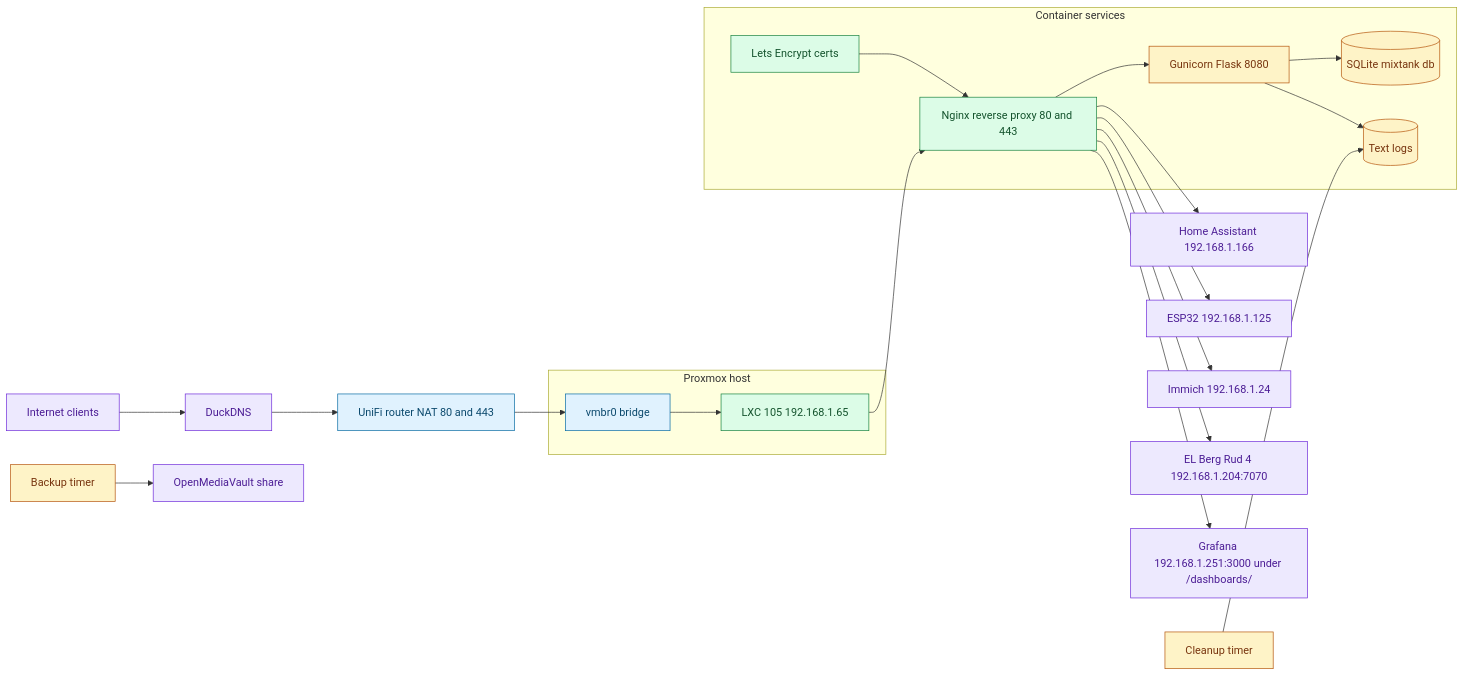
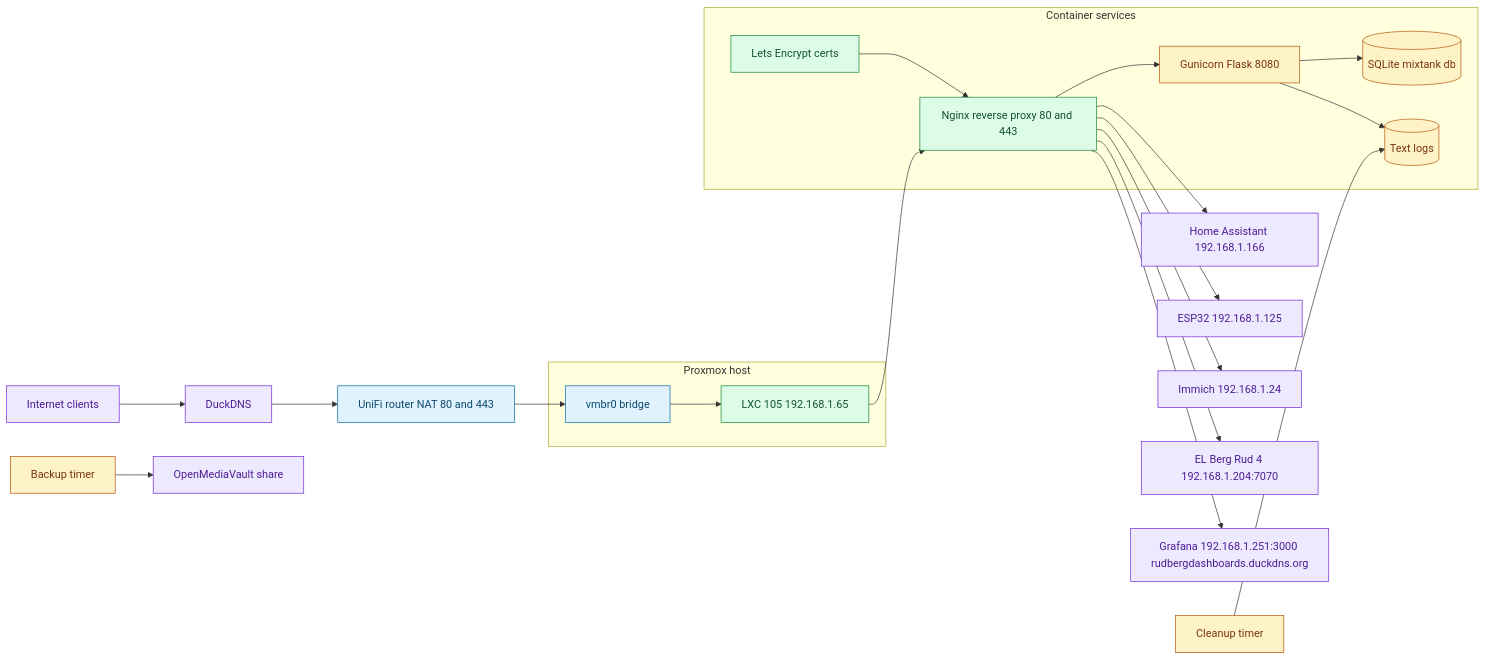
Before and after one commit to TomasAssemblinEL/ProxmoxPubliseradeWebbLoggar: the diagram in system-architecture.md, drawn with Mermaid. The commit also changed 4 other files, not shown here.

Commit message:
Move Grafana to own domain rudbergdashboards.duckdns.org

````diff
--- a/system-architecture.md
+++ b/system-architecture.md
@@ -5,41 +5,41 @@
 ```mermaid
 flowchart LR
     classDef edge fill:#e0f2fe,stroke:#0369a1,stroke-width:1px,color:#0c4a6e
     classDef core fill:#dcfce7,stroke:#15803d,stroke-width:1px,color:#14532d
     classDef app fill:#fef3c7,stroke:#b45309,stroke-width:1px,color:#78350f
     classDef ext fill:#ede9fe,stroke:#6d28d9,stroke-width:1px,color:#4c1d95
 
     Internet[Internet clients]:::ext --> DNS[DuckDNS]:::ext
     DNS --> Router[UniFi router NAT 80 and 443]:::edge
 
     subgraph ProxmoxHost[Proxmox host]
         Bridge[vmbr0 bridge]:::edge
         CT[LXC 105 192.168.1.65]:::core
         Bridge --> CT
     end
 
     Router --> Bridge
 
     subgraph LXCStack[Container services]
         Nginx[Nginx reverse proxy 80 and 443]:::core
         Flask[Gunicorn Flask 8080]:::app
         DB[(SQLite mixtank db)]:::app
         Logs[(Text logs)]:::app
         Certs[Lets Encrypt certs]:::core
         Nginx --> Flask
         Flask --> DB
         Flask --> Logs
         Certs --> Nginx
     end
 
     CT --> Nginx
 
     Nginx --> HA[Home Assistant 192.168.1.166]:::ext
     Nginx --> ESP32[ESP32 192.168.1.125]:::ext
     Nginx --> Immich[Immich 192.168.1.24]:::ext
     Nginx --> ELBergRud4[EL Berg Rud 4 192.168.1.204:7070]:::ext
-    Nginx --> Grafana[Grafana 192.168.1.251:3000 under /dashboards/]:::ext
+    Nginx --> Grafana[Grafana 192.168.1.251:3000 rudbergdashboards.duckdns.org]:::ext
 
     Backup[Backup timer]:::app --> OMV[OpenMediaVault share]:::ext
     Cleanup[Cleanup timer]:::app --> Logs
 ```
````
